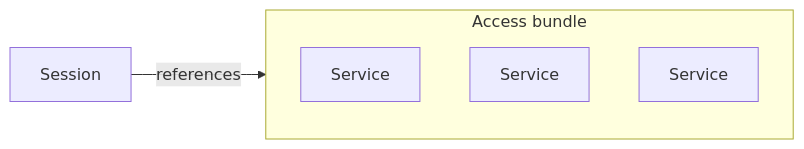
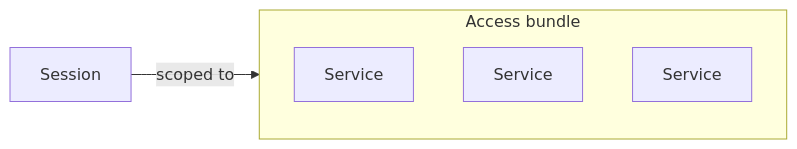
Before and after one commit to Infisical/infisical: the third of 6 diagrams in docs/documentation/platform/agent-vault/how-it-works.mdx, drawn with Mermaid. The commit also changed other lines of this file and 5 other files, not shown here.

````diff
--- a/docs/documentation/platform/agent-vault/how-it-works.mdx
+++ b/docs/documentation/platform/agent-vault/how-it-works.mdx
@@ -50,9 +50,9 @@
     ```mermaid
     flowchart LR
-      session["Session"] -->|"references"| bundle
+      session["Session"] -->|"scoped to"| bundle
       subgraph bundle["Access bundle"]
         s1["Service"]
         s2["Service"]
         s3["Service"]
       end
     ```
````
